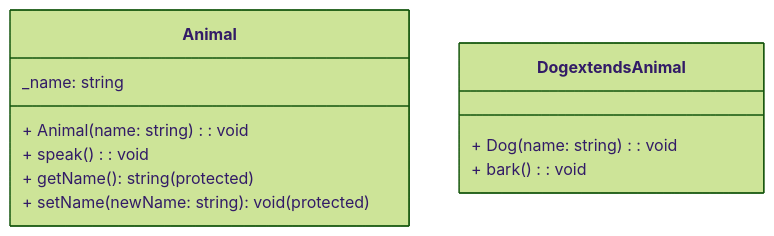
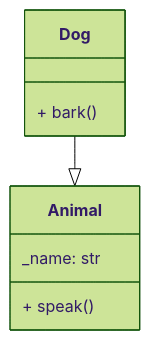
The second of 7 diagrams in README.md (fegonzalez7/poo_unal_clase9), drawn with Mermaid (forest theme) before and after one commit.

Commit message:
cambios diagramas

````diff
--- a/README.md
+++ b/README.md
@@ -50,17 +50,11 @@
 ```mermaid
 classDiagram
 class Animal {
-  _name: string
-
-  + Animal(name: string): void
-  + speak(): void
-
-  + getName(): string (protected)
-  + setName(newName: string): void (protected)
+  _name: str
+  + speak() 
 }
-
-class Dog extends Animal {
-  + Dog(name: string): void
-  + bark(): void
+class Dog {
+  + bark()
 }
+Dog --|> Animal
 ```
````
